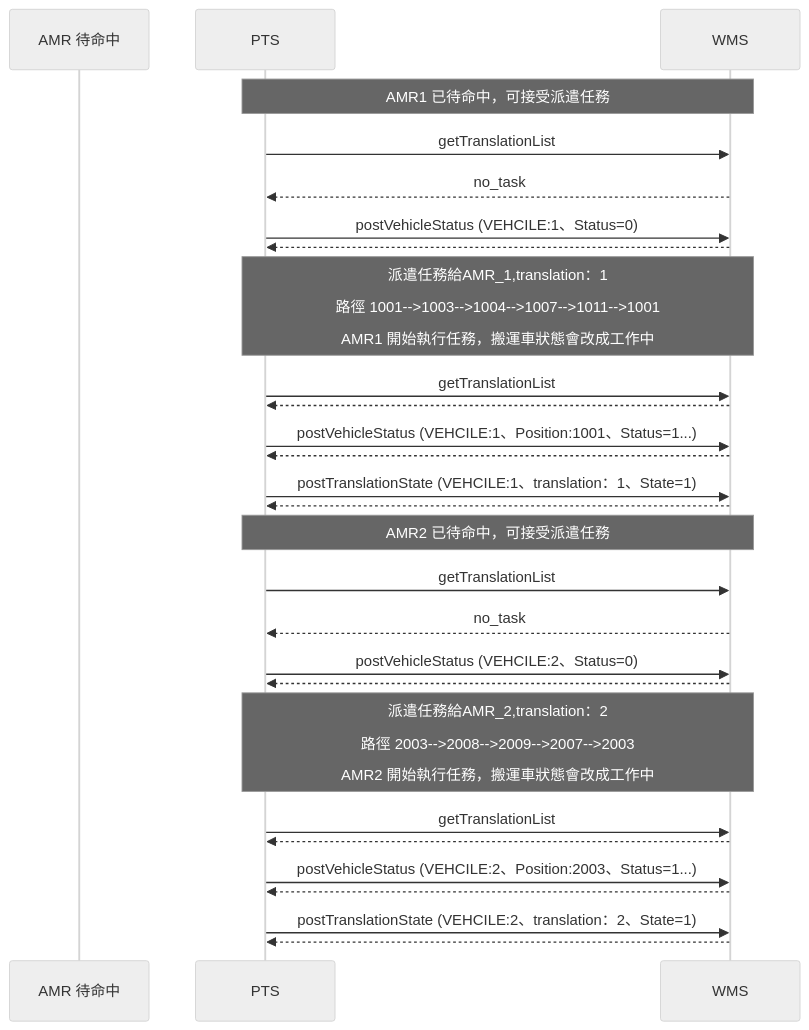
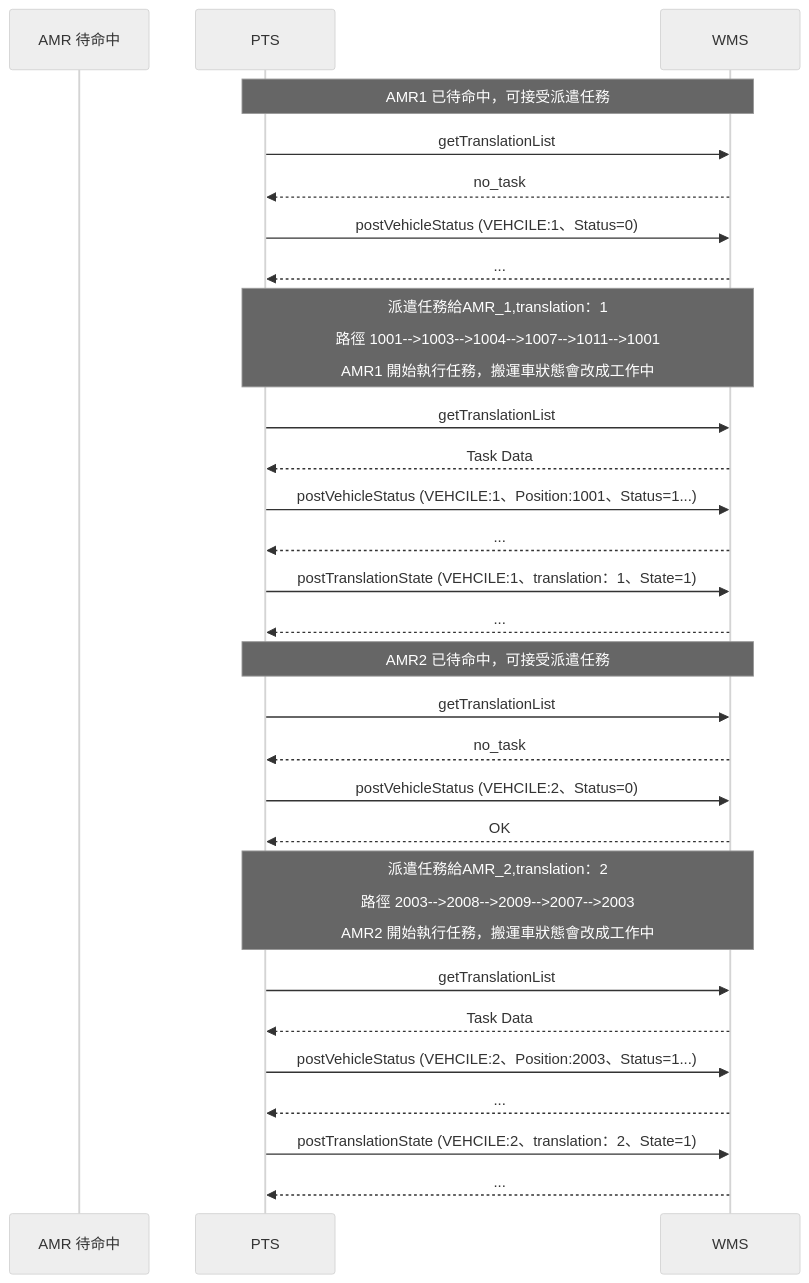
One commit to athena-tircgo/amr-wms-lsj changed the sixth of 8 diagrams in README.md. Above: the diagram before and after it, drawn with Mermaid (neutral theme).

````diff
--- a/README.md
+++ b/README.md
@@ -340,35 +340,35 @@
 ```mermaid
 sequenceDiagram
     participant AMR 待命中
     participant PTS
     participant WMS
 
 note over PTS,WMS: AMR1 已待命中，可接受派遣任務
         PTS->>WMS: getTranslationList
         WMS-->>PTS: no_task
         PTS->>WMS: postVehicleStatus (VEHCILE:1、Status=0)
-        WMS-->>PTS:
+        WMS-->>PTS: ...
         
 note over PTS,WMS: 派遣任務給AMR_1,translation：1<br><br>路徑 1001-->1003-->1004-->1007-->1011-->1001<br><br>AMR1 開始執行任務，搬運車狀態會改成工作中
      PTS->>WMS: getTranslationList
-     WMS-->>PTS:
+     WMS-->>PTS: Task Data
      PTS->>WMS: postVehicleStatus (VEHCILE:1、Position:1001、Status=1...)
-     WMS-->>PTS:
+     WMS-->>PTS: ...
      PTS->>WMS: postTranslationState (VEHCILE:1、translation：1、State=1)
-     WMS-->>PTS:
+     WMS-->>PTS: ...
 
 note over PTS,WMS: AMR2 已待命中，可接受派遣任務
         PTS->>WMS: getTranslationList
         WMS-->>PTS: no_task
         PTS->>WMS: postVehicleStatus (VEHCILE:2、Status=0)
-        WMS-->>PTS:
+        WMS-->>PTS:OK
 
 note over PTS,WMS: 派遣任務給AMR_2,translation：2<br><br>路徑 2003-->2008-->2009-->2007-->2003<br><br>AMR2 開始執行任務，搬運車狀態會改成工作中
      PTS->>WMS: getTranslationList
-     WMS-->>PTS:
+     WMS-->>PTS: Task Data
      PTS->>WMS: postVehicleStatus (VEHCILE:2、Position:2003、Status=1...)
-     WMS-->>PTS:
+     WMS-->>PTS: ...
      PTS->>WMS: postTranslationState (VEHCILE:2、translation：2、State=1)
-     WMS-->>PTS:
+     WMS-->>PTS: ...
 
 ```
````
